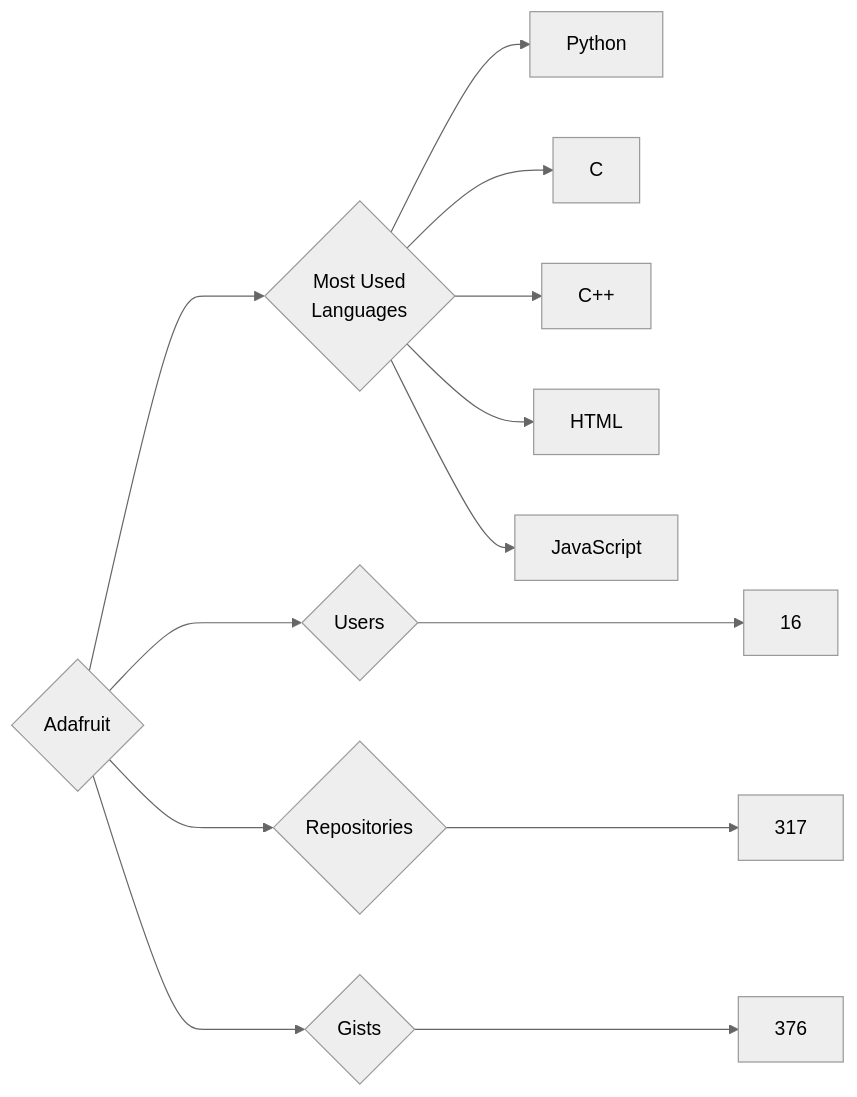
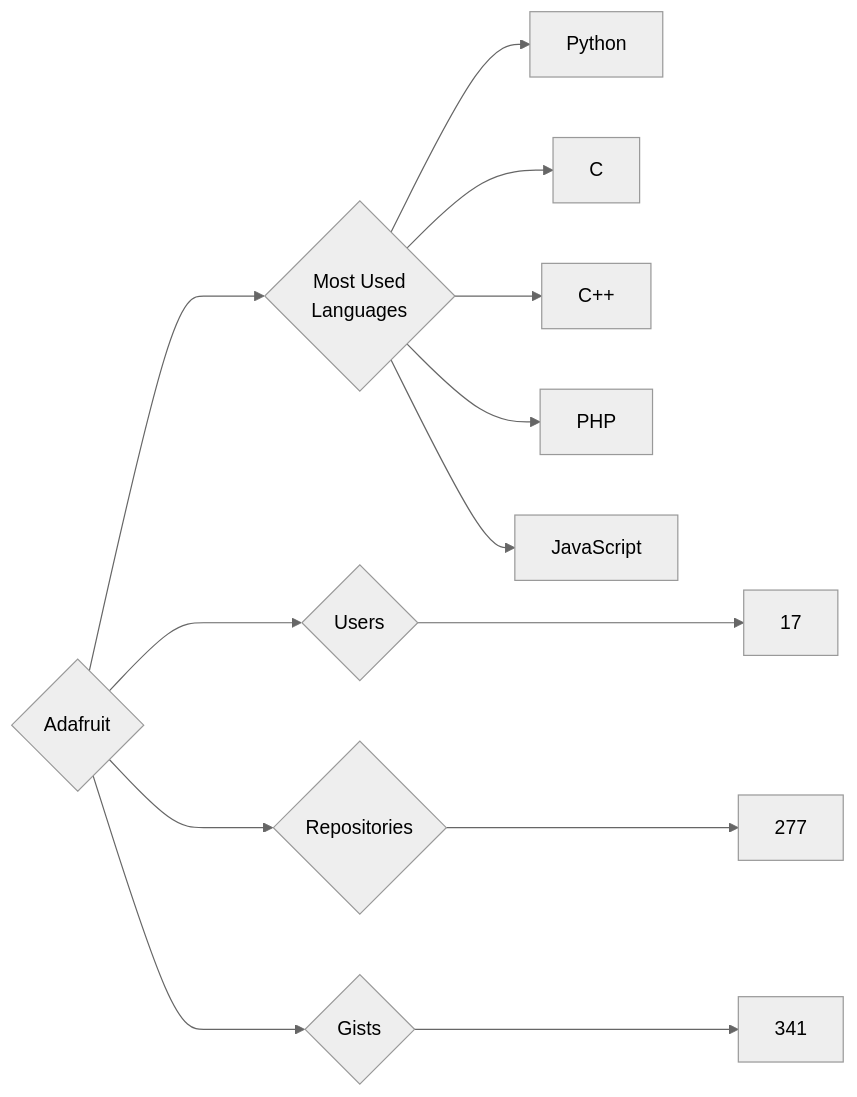
One commit to trickest/insiders changed the diagram in targets/Adafruit/README.md. Above: the diagram before and after it, drawn with Mermaid (neutral theme). The commit also changed 888 other files, not shown here.

````diff
--- a/targets/Adafruit/README.md
+++ b/targets/Adafruit/README.md
@@ -3,13 +3,13 @@
 ```mermaid
 graph LR
 COMPANY_NAME{Adafruit}
-COMPANY_NAME ---> U{Users} ---> UN[16]
-COMPANY_NAME ---> R{Repositories} ---> RN[317]
-COMPANY_NAME ---> G{Gists} ---> GN[376]
+COMPANY_NAME ---> U{Users} ---> UN[17]
+COMPANY_NAME ---> R{Repositories} ---> RN[277]
+COMPANY_NAME ---> G{Gists} ---> GN[341]
 COMPANY_NAME ---> ML{Most Used<br>Languages}
 ML --> Python[Python]
 ML --> C[C]
 ML --> C++[C++]
-ML --> HTML[HTML]
+ML --> PHP[PHP]
 ML --> JavaScript[JavaScript]
 ```
````
